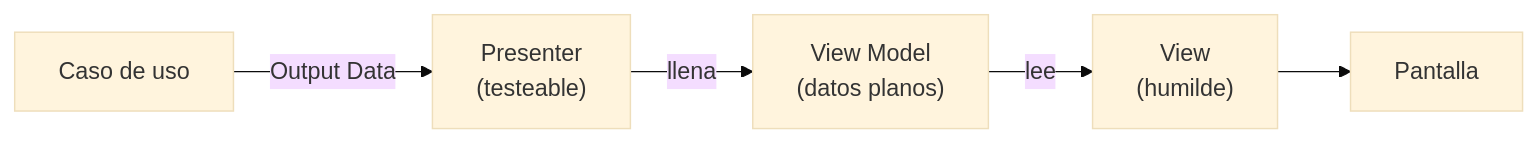
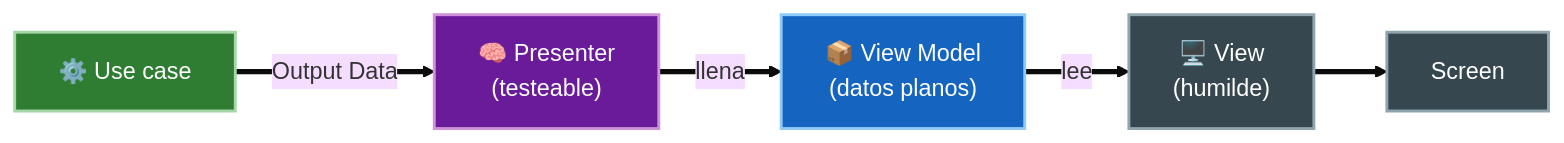
Before and after one commit to JavierMachucaA/clean-architecture-guia: the second of 3 diagrams in 09-presenters-humble-objects/02-presenters-y-view-models.md, drawn with Mermaid (base theme). The commit also changed other lines of this file and 45 other files, not shown here.

````diff
--- a/09-presenters-humble-objects/02-presenters-y-view-models.md
+++ b/09-presenters-humble-objects/02-presenters-y-view-models.md
@@ -26,7 +32,13 @@
 ```mermaid
 flowchart LR
-    UC["Caso de uso"] -->|Output Data| P["Presenter<br/>(testeable)"]
-    P -->|llena| VM["View Model<br/>(datos planos)"]
-    VM -->|lee| V["View<br/>(humilde)"]
-    V --> S["Pantalla"]
+    UC["⚙️ Use case"] ==>|Output Data| P["🧠 Presenter<br/>(testeable)"]
+    P ==>|llena| VM["📦 View Model<br/>(datos planos)"]
+    VM ==>|lee| V["🖥️ View<br/>(humilde)"]
+    V ==> S["Screen"]
+
+    style UC fill:#2e7d32,stroke:#a5d6a7,color:#fff,stroke-width:2px
+    style P fill:#6a1b9a,stroke:#ce93d8,color:#fff,stroke-width:2px
+    style VM fill:#1565c0,stroke:#90caf9,color:#fff,stroke-width:2px
+    style V fill:#37474f,stroke:#90a4ae,color:#fff,stroke-width:2px
+    style S fill:#37474f,stroke:#90a4ae,color:#fff,stroke-width:2px
 ```
````
